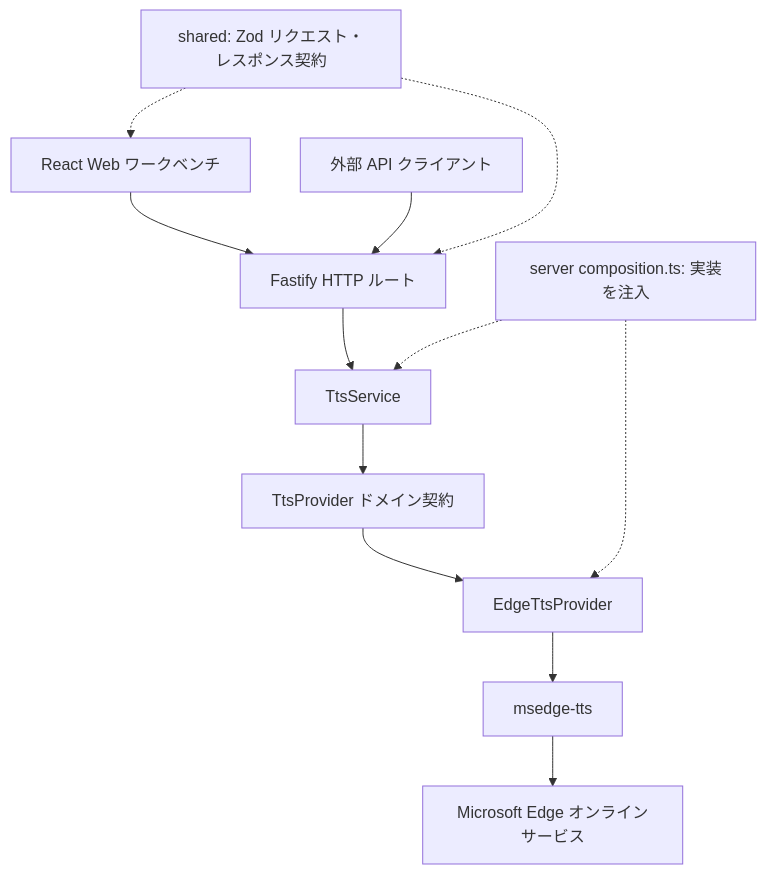
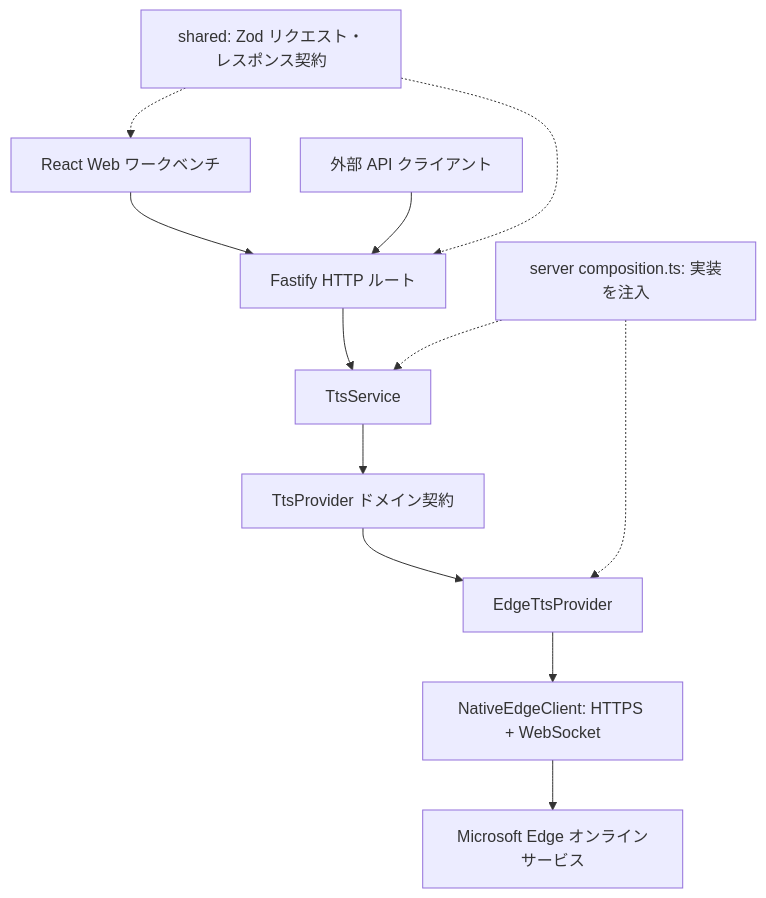
The diagram in README.ja.md (DejavuMoe/edgeTTS), drawn with Mermaid before and after one commit. The commit also changed 23 other files, not shown here.

First line of the commit message:
fix(provider): replace msedge-tts with native v2 client

````diff
--- a/README.ja.md
+++ b/README.ja.md
@@ -128,14 +128,14 @@
 ```mermaid
 flowchart TD
   UI["React Web ワークベンチ"] --> HTTP["Fastify HTTP ルート"]
   Client["外部 API クライアント"] --> HTTP
   HTTP --> Service[TtsService]
   Service --> Port["TtsProvider ドメイン契約"]
   Port --> Edge[EdgeTtsProvider]
-  Edge --> Library[msedge-tts]
-  Library --> Microsoft["Microsoft Edge オンラインサービス"]
+  Edge --> Protocol["NativeEdgeClient: HTTPS + WebSocket"]
+  Protocol --> Microsoft["Microsoft Edge オンラインサービス"]
   Shared["shared: Zod リクエスト・レスポンス契約"] -.-> UI
   Shared -.-> HTTP
   Composition["server composition.ts: 実装を注入"] -.-> Service
   Composition -.-> Edge
 ```
````
